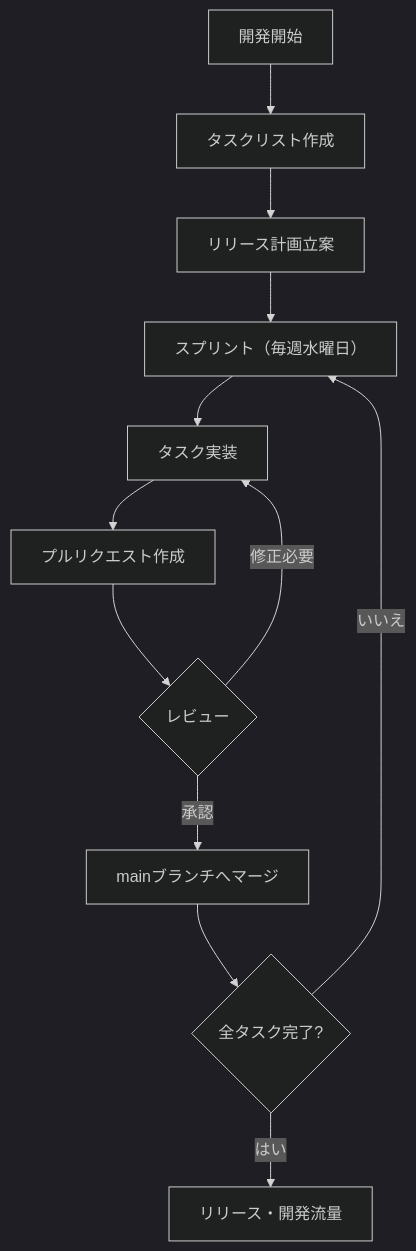
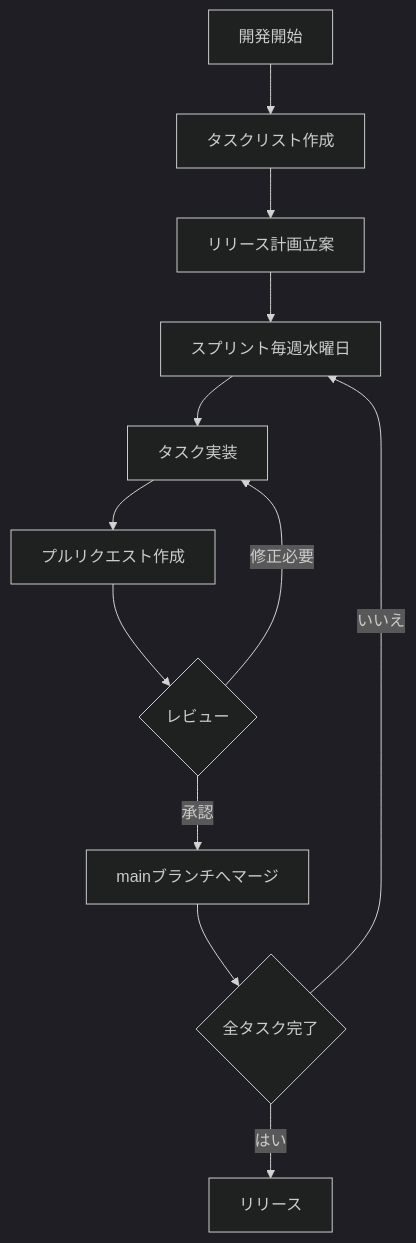
One commit to kabushikigaisya-kuwadatenoki/kuwadate_docs changed the first of 2 diagrams in rule/チーム開発の進め方.md. Above: the diagram before and after it, drawn with Mermaid (dark theme). The commit also changed other lines of this file, not shown here.

Commit message:
Update チーム開発の進め方.md
mermaid機能してなかったので修正

````diff
--- a/rule/チーム開発の進め方.md
+++ b/rule/チーム開発の進め方.md
@@ -23,14 +23,14 @@
 ```mermaid
 graph TD
     A[開発開始] --> B[タスクリスト作成]
     B --> C[リリース計画立案]
-    C --> D[スプリント（毎週水曜日）]
+    C --> D[スプリント毎週水曜日]
     D --> E[タスク実装]
     E --> F[プルリクエスト作成]
     F --> G{レビュー}
     G -->|承認| H[mainブランチへマージ]
     G -->|修正必要| E
-    H --> I{全タスク完了?}
+    H --> I{全タスク完了}
     I -->|いいえ| D
-    I -->|はい| J[リリース・開発流量]
+    I -->|はい| J[リリース]
 ```
````
